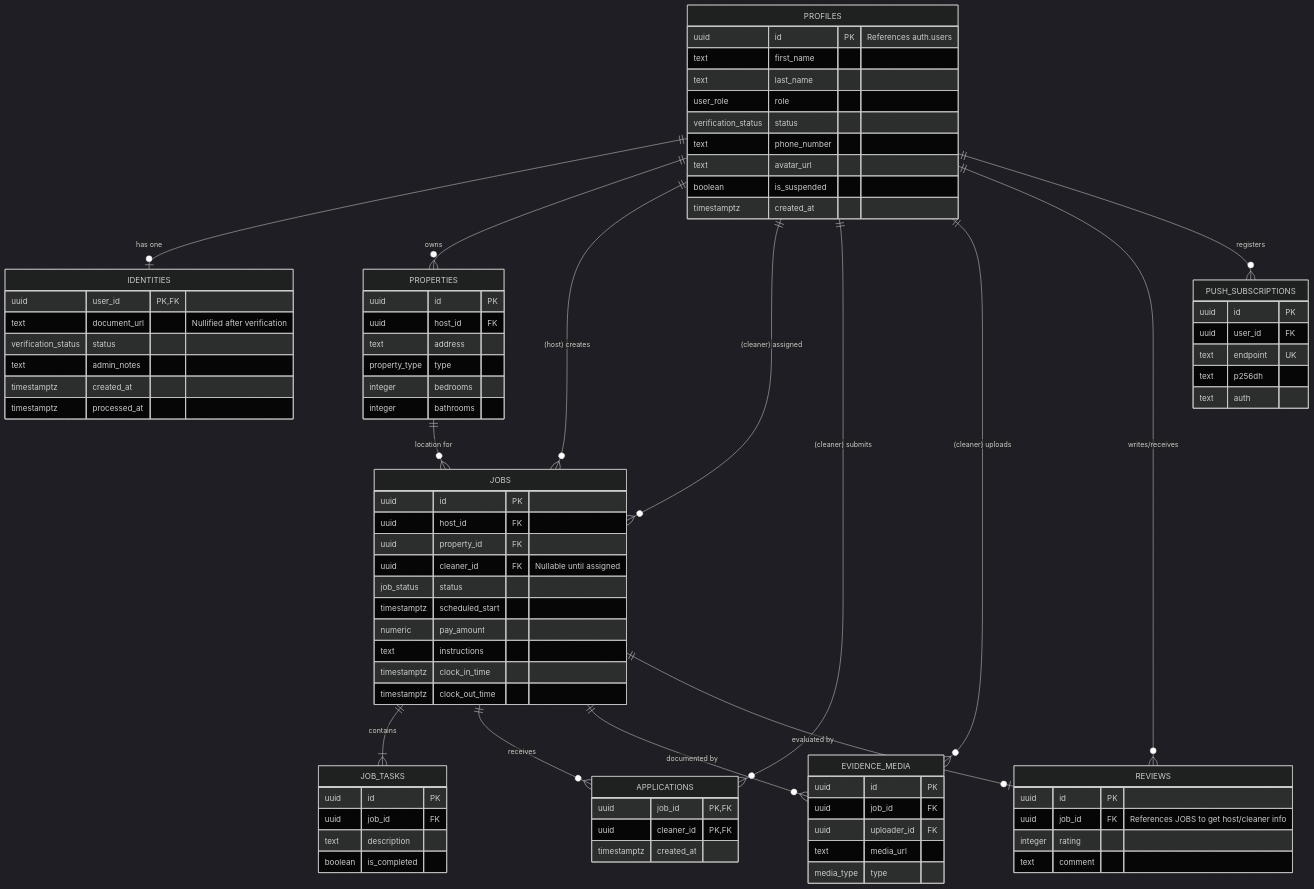
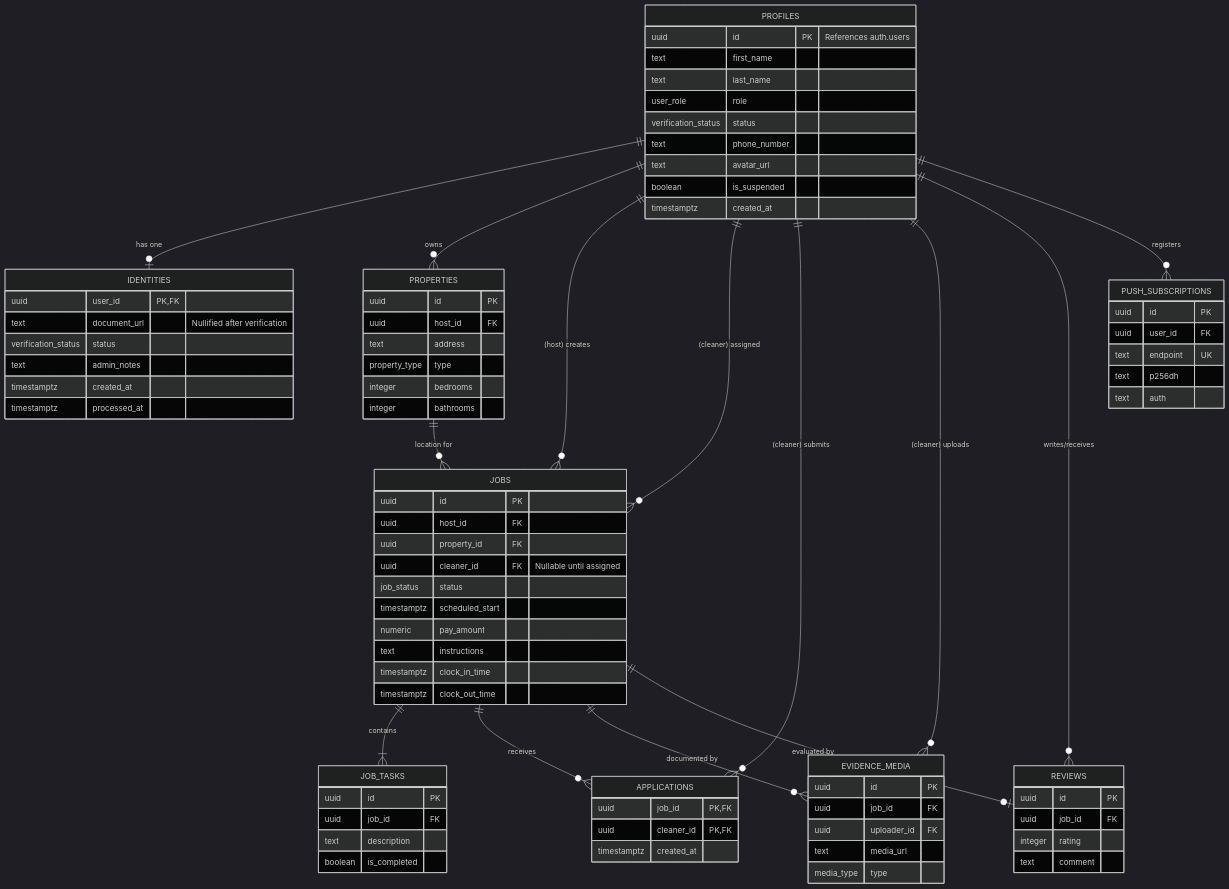
One commit to SirioBambino/freshers-mvp changed the diagram in docs/architecture/database-design.md. Above: the diagram before and after it, drawn with Mermaid (dark theme). The commit also changed 55 other files, not shown here.

```diff
--- a/docs/architecture/database-design.md
+++ b/docs/architecture/database-design.md
@@ -97,7 +97,7 @@
 
     REVIEWS {
         uuid id PK
-        uuid job_id FK "References JOBS to get host/cleaner info"
+        uuid job_id FK
         integer rating
         text comment
     }
```
